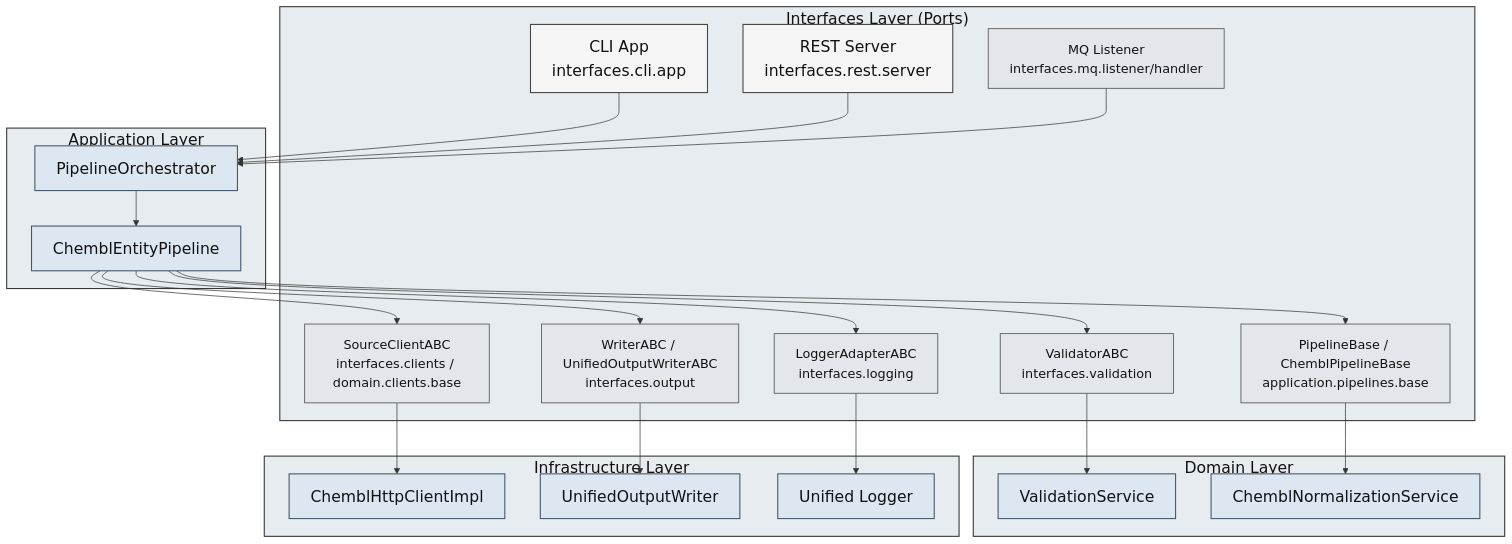
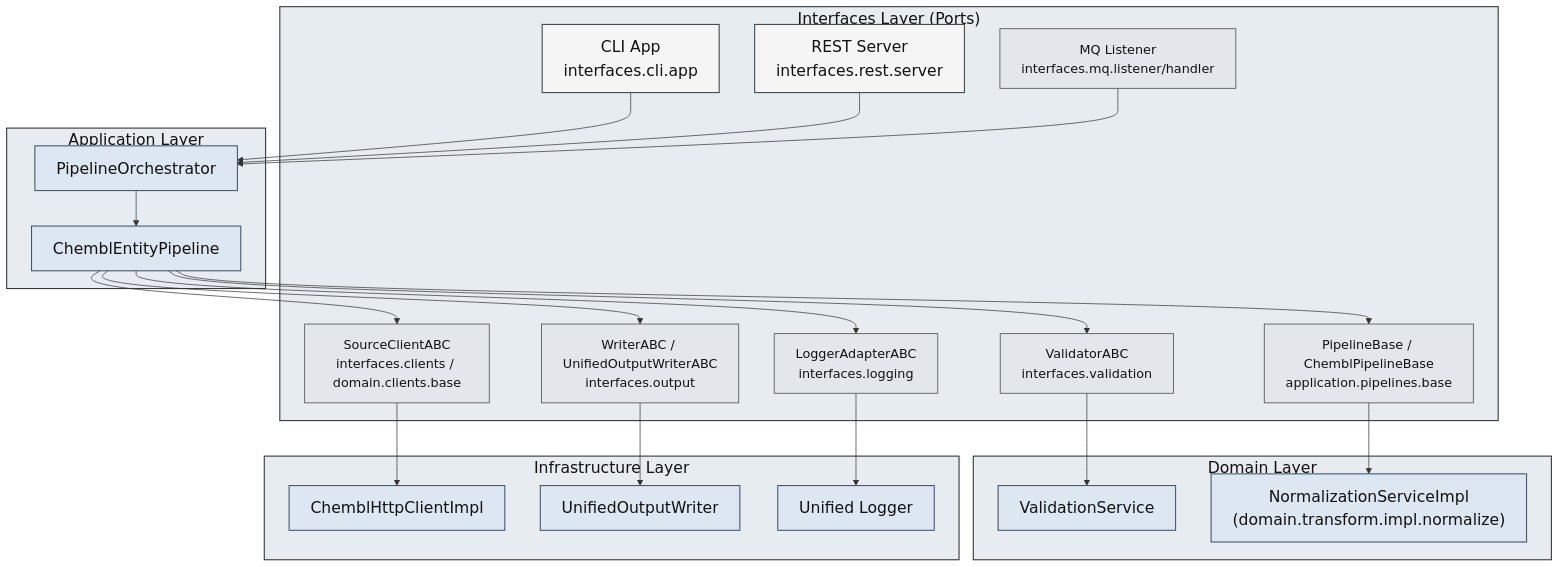
One commit to SatoryKono/BioactivityDataAcquisition changed the diagram in docs/architecture/diagrams/component/04-interfaces-components.mmd. Above: the diagram before and after it, drawn with Mermaid. The commit also changed 7 other files, not shown here.

```diff
--- a/docs/architecture/diagrams/component/04-interfaces-components.mmd
+++ b/docs/architecture/diagrams/component/04-interfaces-components.mmd
@@ -1,56 +1,56 @@
 ---
 id: 6c47be5a-03c8-4c4b-9294-6d7b1f6c2b4c
 ---
 flowchart TB
 
 classDef componentPrimary   fill:#f5f5f5,stroke:#444,stroke-width:1.5px,color:#111,font-size:22px;
 classDef componentSecondary fill:#e3e7ec,stroke:#555,stroke-width:1.2px,color:#111,font-size:18px;
 classDef external           fill:#dde7f2,stroke:#44546a,stroke-width:1.5px,color:#111,font-size:22px;
 classDef group              fill:#e6ecef,stroke:#333,stroke-width:1.5px,color:#111,font-size:22px;
 
 subgraph Interfaces["Interfaces Layer (Ports)"]
     CLI["CLI App\ninterfaces.cli.app"]:::componentPrimary
     REST["REST Server\ninterfaces.rest.server"]:::componentPrimary
     MQ["MQ Listener\ninterfaces.mq.listener/handler"]:::componentSecondary
 
     PipelinePorts["PipelineBase / ChemblPipelineBase\napplication.pipelines.base"]:::componentSecondary
     ClientPorts["SourceClientABC\ninterfaces.clients / domain.clients.base"]:::componentSecondary
     WriterPorts["WriterABC / UnifiedOutputWriterABC\ninterfaces.output"]:::componentSecondary
     ValidatorPorts["ValidatorABC\ninterfaces.validation"]:::componentSecondary
     LoggerPorts["LoggerAdapterABC\ninterfaces.logging"]:::componentSecondary
 end
 class Interfaces group;
 
 subgraph Application["Application Layer"]
     Orchestrator["PipelineOrchestrator"]:::external
     Pipelines["ChemblEntityPipeline"]:::external
 end
 class Application group;
 
 subgraph Domain["Domain Layer"]
     Validation["ValidationService"]:::external
-    Normalization["ChemblNormalizationService"]:::external
+    Normalization["NormalizationServiceImpl\n(domain.transform.impl.normalize)"]:::external
 end
 class Domain group;
 
 subgraph Infrastructure["Infrastructure Layer"]
     Clients["ChemblHttpClientImpl"]:::external
     Output["UnifiedOutputWriter"]:::external
     Logging["Unified Logger"]:::external
 end
 class Infrastructure group;
 
 CLI --> Orchestrator
 REST --> Orchestrator
 MQ --> Orchestrator
 Orchestrator --> Pipelines
 Pipelines --> PipelinePorts
 Pipelines --> ClientPorts
 Pipelines --> WriterPorts
 Pipelines --> ValidatorPorts
 Pipelines --> LoggerPorts
 ClientPorts --> Clients
 WriterPorts --> Output
 ValidatorPorts --> Validation
 PipelinePorts --> Normalization
 LoggerPorts --> Logging
```
